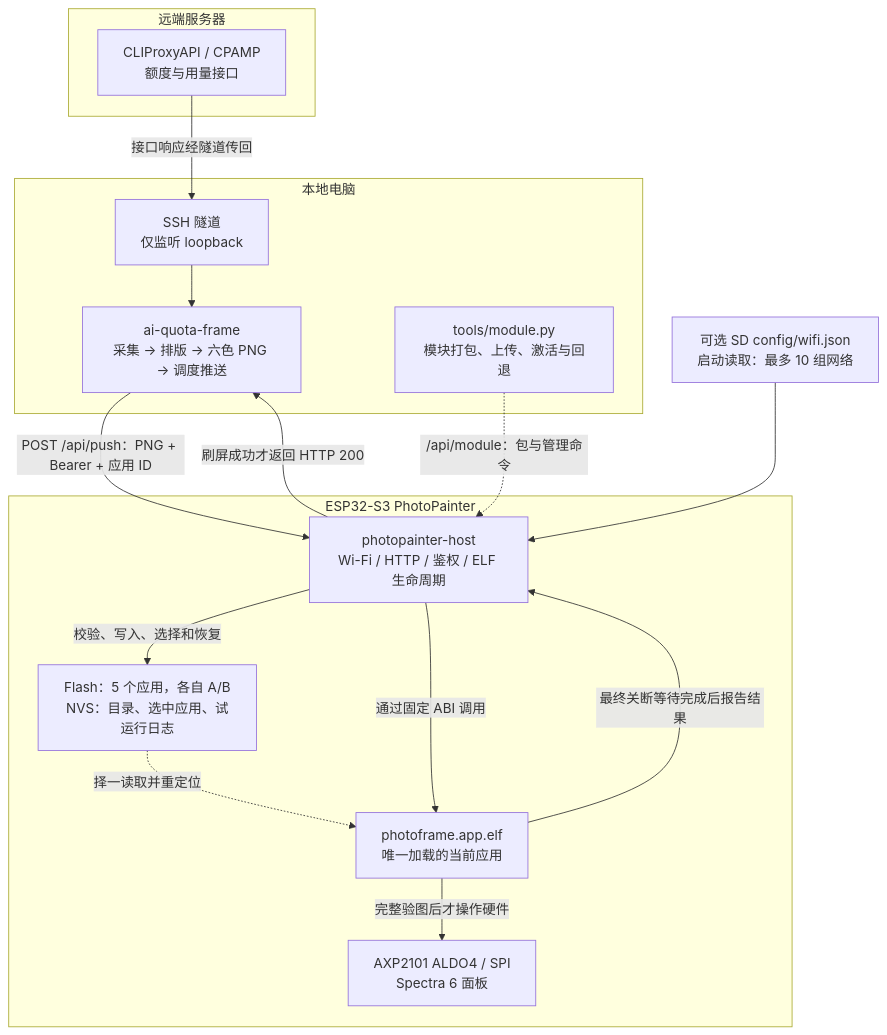
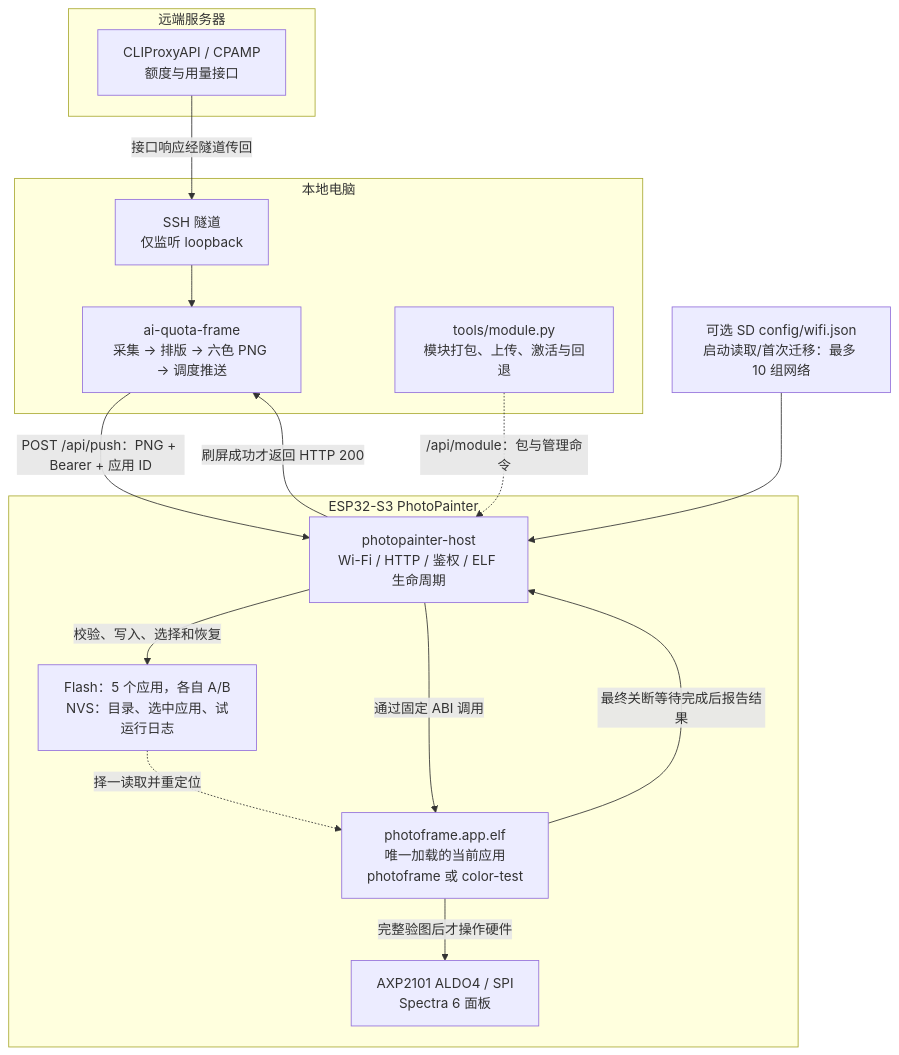
The first of 3 diagrams in ARCHITECTURE.md (M1nt-Ch0c0/esp32s3), drawn with Mermaid before and after one commit. The commit also changed other lines of this file, not shown here.

Commit message:
docs: record verified multi-app architecture and Wi-Fi migration

````diff
--- a/ARCHITECTURE.md
+++ b/ARCHITECTURE.md
@@ -20,28 +20,28 @@
 ```mermaid
 flowchart TB
     subgraph Remote[远端服务器]
         API["CLIProxyAPI / CPAMP<br/>额度与用量接口"]
     end
     subgraph PC[本地电脑]
         Tunnel["SSH 隧道<br/>仅监听 loopback"]
         App["ai-quota-frame<br/>采集 → 排版 → 六色 PNG → 调度推送"]
         Admin["tools/module.py<br/>模块打包、上传、激活与回退"]
     end
     subgraph Device[ESP32-S3 PhotoPainter]
         Host["photopainter-host<br/>Wi-Fi / HTTP / 鉴权 / ELF 生命周期"]
         Slots["Flash：5 个应用，各自 A/B<br/>NVS：目录、选中应用、试运行日志"]
-        Module["photoframe.app.elf<br/>唯一加载的当前应用"]
+        Module["photoframe.app.elf<br/>唯一加载的当前应用<br/>photoframe 或 color-test"]
         Panel["AXP2101 ALDO4 / SPI<br/>Spectra 6 面板"]
     end
     API -->|接口响应经隧道传回| Tunnel
     Tunnel --> App
-    SD["可选 SD config/wifi.json<br/>启动读取：最多 10 组网络"] --> Host
+    SD["可选 SD config/wifi.json<br/>启动读取/首次迁移：最多 10 组网络"] --> Host
     App -->|"POST /api/push：PNG + Bearer + 应用 ID"| Host
     Admin -.->|"/api/module：包与管理命令"| Host
     Host -->|校验、写入、选择和恢复| Slots
     Slots -.->|择一读取并重定位| Module
     Host -->|通过固定 ABI 调用| Module
     Module -->|完整验图后才操作硬件| Panel
     Module -->|最终关断等待完成后报告结果| Host
     Host -->|刷屏成功才返回 HTTP 200| App
 ```
````
